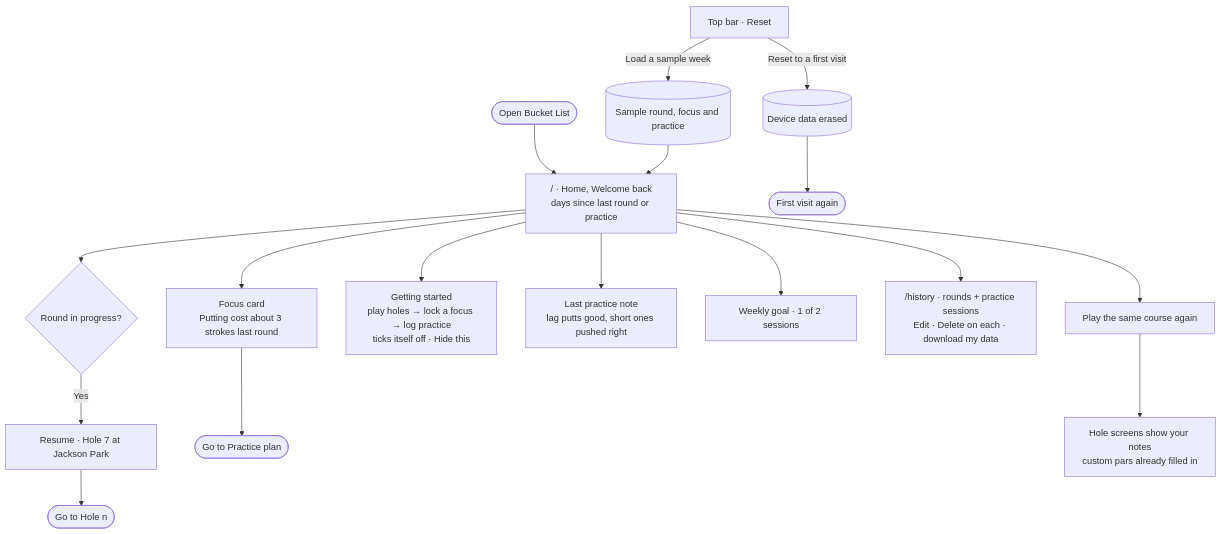
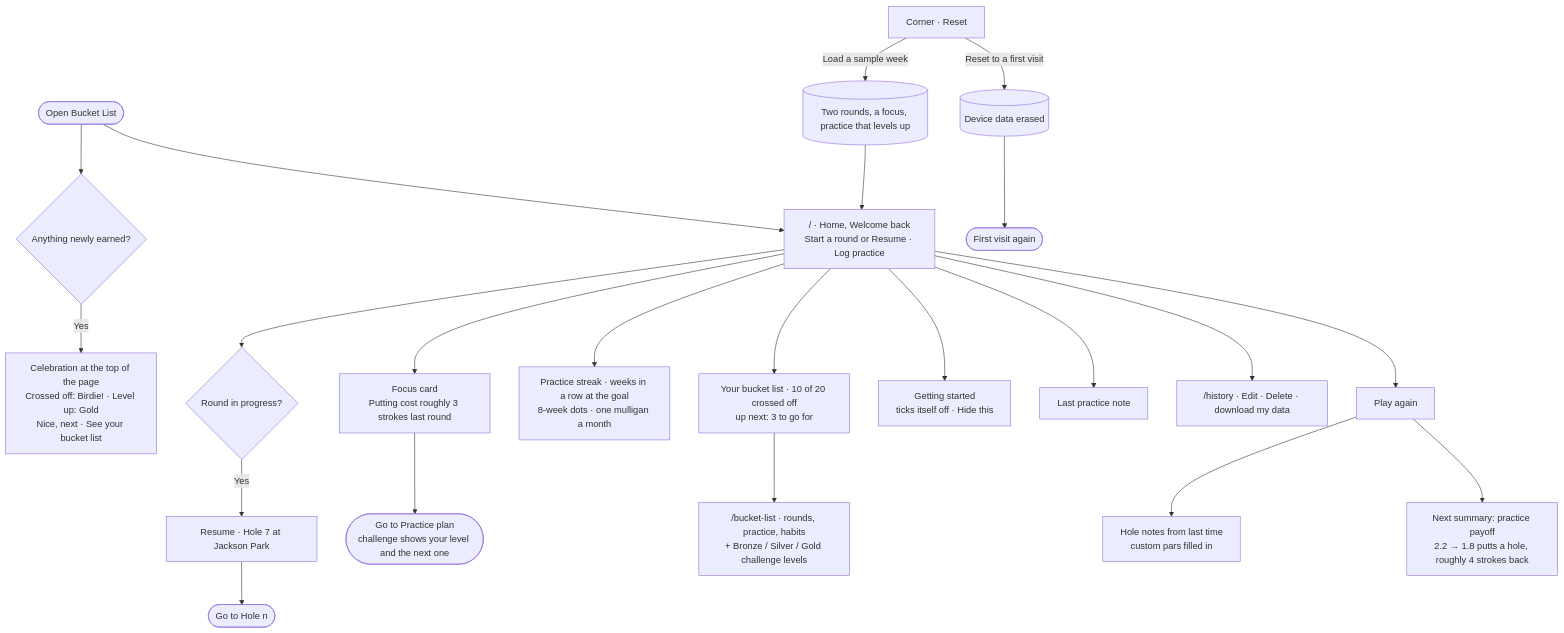
The fifth of 5 diagrams in README.md (apham799/DesignBuildShip_Assignment3), drawn with Mermaid before and after one commit. The commit also changed 17 other files, not shown here.

First line of the commit message:
Gamify coming back: bucket list, streak, levels, payoff

````diff
--- a/README.md
+++ b/README.md
@@ -125,20 +125,25 @@
 ```mermaid
 flowchart TD
-  open(["Open Bucket List"]) --> wb["/ · Home, Welcome back<br/>days since last round or practice"]
+  open(["Open Bucket List"]) --> wb["/ · Home, Welcome back<br/>Start a round or Resume · Log practice"]
+  new{"Anything newly earned?"} -- "Yes" --> party["Celebration at the top of the page<br/>Crossed off: Birdie! · Level up: Gold<br/>Nice, next · See your bucket list"]
+  open --> new
   wb --> inprog{"Round in progress?"}
   inprog -- "Yes" --> resume["Resume · Hole 7 at Jackson Park"]
   resume --> hole(["Go to Hole n"])
-  wb --> focus["Focus card<br/>Putting cost about 3 strokes last round"]
-  focus --> plan(["Go to Practice plan"])
-  wb --> checklist["Getting started<br/>play holes → lock a focus → log practice<br/>ticks itself off · Hide this"]
-  wb --> note["Last practice note<br/>lag putts good, short ones pushed right"]
-  wb --> goal["Weekly goal · 1 of 2 sessions"]
-  wb --> hist["/history · rounds + practice sessions<br/>Edit · Delete on each · download my data"]
-  wb --> again["Play the same course again"]
-  again --> notes["Hole screens show your notes<br/>custom pars already filled in"]
+  wb --> focus["Focus card<br/>Putting cost roughly 3 strokes last round"]
+  focus --> plan(["Go to Practice plan<br/>challenge shows your level and the next one"])
+  wb --> streakc["Practice streak · weeks in a row at the goal<br/>8-week dots · one mulligan a month"]
+  wb --> bucket["Your bucket list · 10 of 20 crossed off<br/>up next: 3 to go for"]
+  bucket --> list["/bucket-list · rounds, practice, habits<br/>+ Bronze / Silver / Gold challenge levels"]
+  wb --> checklist["Getting started<br/>ticks itself off · Hide this"]
+  wb --> note["Last practice note"]
+  wb --> hist["/history · Edit · Delete · download my data"]
+  wb --> again["Play again"]
+  again --> notes["Hole notes from last time<br/>custom pars filled in"]
+  again --> pay["Next summary: practice payoff<br/>2.2 → 1.8 putts a hole, roughly 4 strokes back"]
 
-  menu["Top bar · Reset"] -- "Reset to a first visit" --> erase[("Device data erased")]
+  menu["Corner · Reset"] -- "Reset to a first visit" --> erase[("Device data erased")]
   erase --> first(["First visit again"])
-  menu -- "Load a sample week" --> sample[("Sample round, focus and practice")]
+  menu -- "Load a sample week" --> sample[("Two rounds, a focus, practice that levels up")]
   sample --> wb
 ```
````
